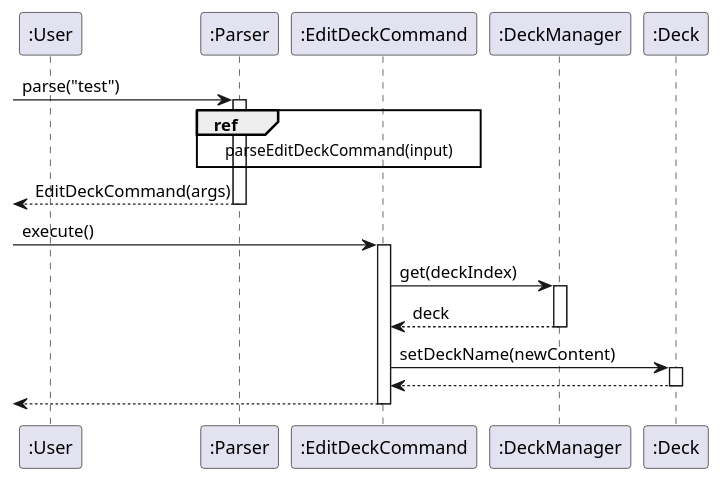
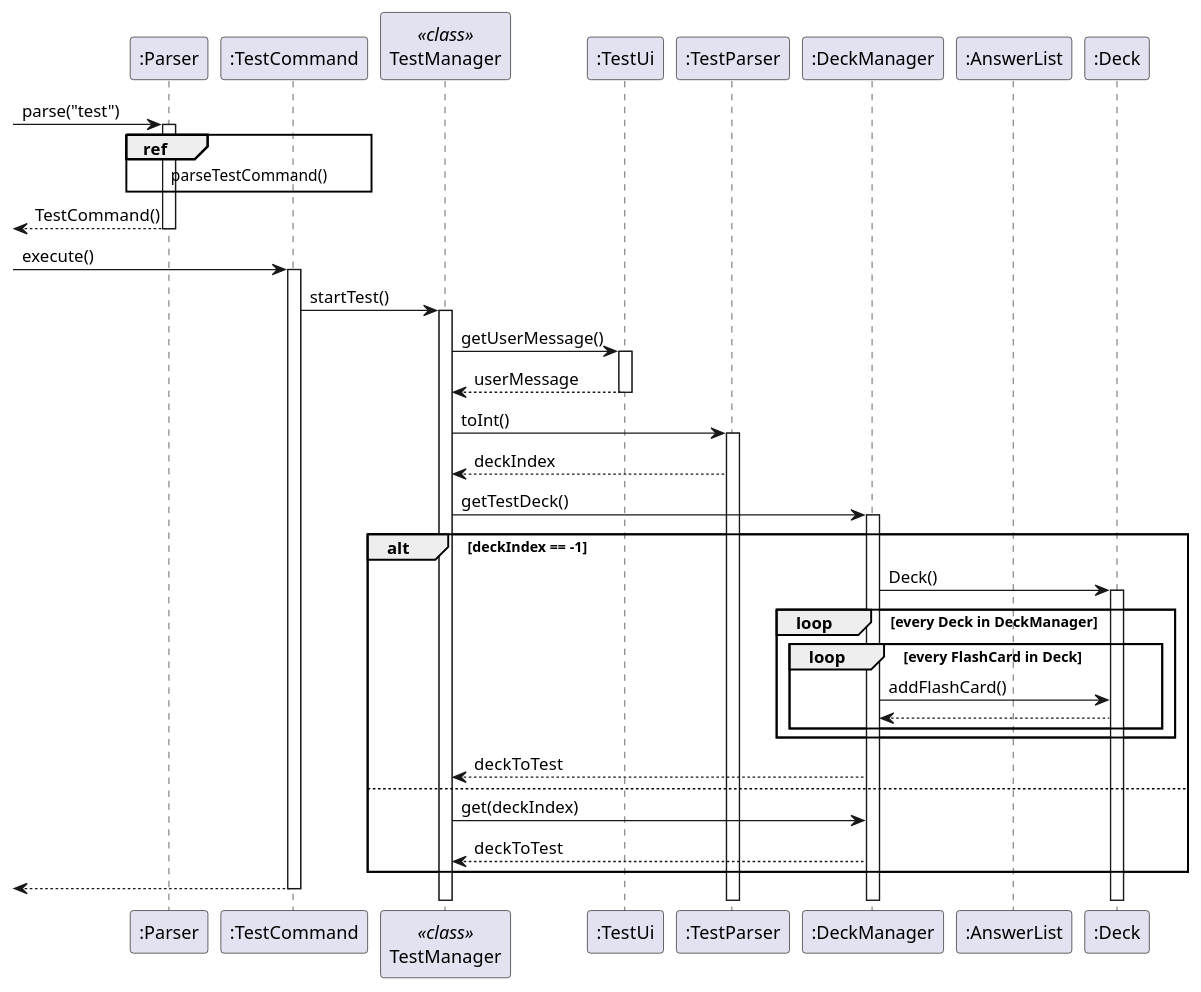
The diagram in docs/uml/test.puml (xkisxk/tp), drawn with PlantUML before and after one commit. The commit also changed 7 other files, not shown here.

Commit message:
Working on object diagram for test feature

```diff
--- a/docs/uml/test.puml
+++ b/docs/uml/test.puml
@@ -1,34 +1,59 @@
 @startuml
-participant ":User" as User
 participant ":Parser" as Parser
-participant ":EditDeckCommand" as EditDeckCommand
+participant ":TestCommand" as TestCommand
+participant "TestManager" as TestManager << class >>
+participant ":TestUi" as TestUi
+participant ":TestParser" as TestParser
 participant ":DeckManager" as DeckManager
+participant ":AnswerList" as AnswerList
 participant ":Deck" as Deck
 
 [-> Parser : parse("test")
 activate Parser
 
-ref over Parser, EditDeckCommand : parseEditDeckCommand(input)
+ref over Parser, TestCommand : parseTestCommand()
 
-[<-- Parser : EditDeckCommand(args)
+[<-- Parser : TestCommand()
 deactivate Parser
 
-[->EditDeckCommand : execute()
-activate EditDeckCommand
+[->TestCommand : execute()
+activate TestCommand
 
-EditDeckCommand -> DeckManager : get(deckIndex)
+TestCommand -> TestManager : startTest()
+activate TestManager
+
+TestManager -> TestUi : getUserMessage()
+activate TestUi
+
+TestManager <-- TestUi : userMessage
+deactivate TestUi
+
+TestManager -> TestParser : toInt()
+activate TestParser
+
+TestParser --> TestManager : deckIndex
+
+TestManager -> DeckManager : getTestDeck()
 activate DeckManager
 
-DeckManager --> EditDeckCommand : deck
-deactivate DeckManager
+alt deckIndex == -1
+DeckManager -> Deck : Deck()
+activate Deck
+loop every Deck in DeckManager
+loop every FlashCard in Deck
+DeckManager -> Deck : addFlashCard()
+Deck --> DeckManager
+end
+end
+DeckManager --> TestManager : deckToTest
 
-EditDeckCommand -> Deck : setDeckName(newContent)
-activate Deck
+else
+TestManager -> DeckManager : get(deckIndex)
+DeckManager --> TestManager : deckToTest
+end
 
-Deck --> EditDeckCommand
-deactivate Deck
 
-[<-- EditDeckCommand
-deactivate EditDeckCommand
+[<-- TestCommand
+deactivate TestCommand
 
 @enduml
```
